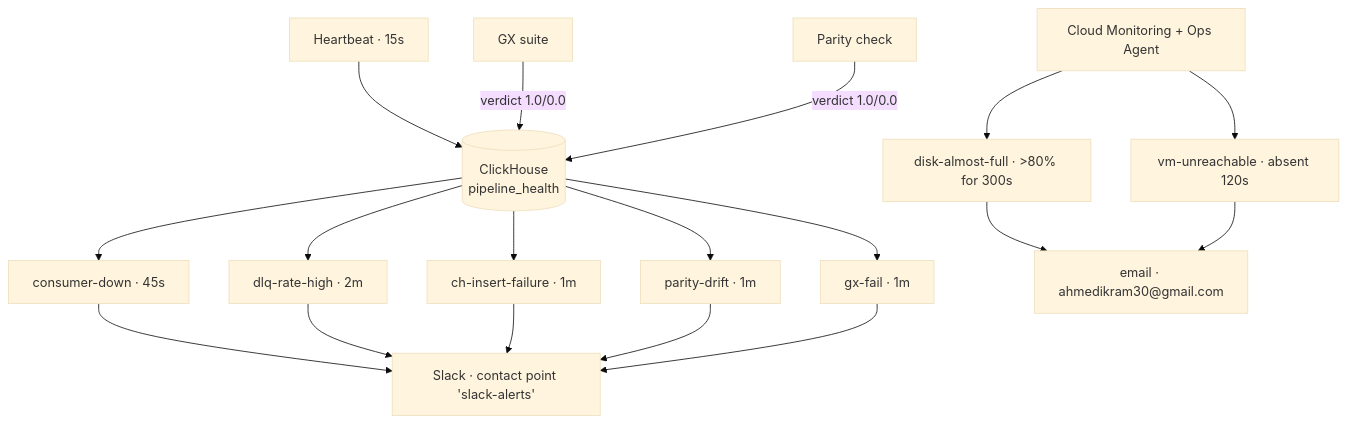
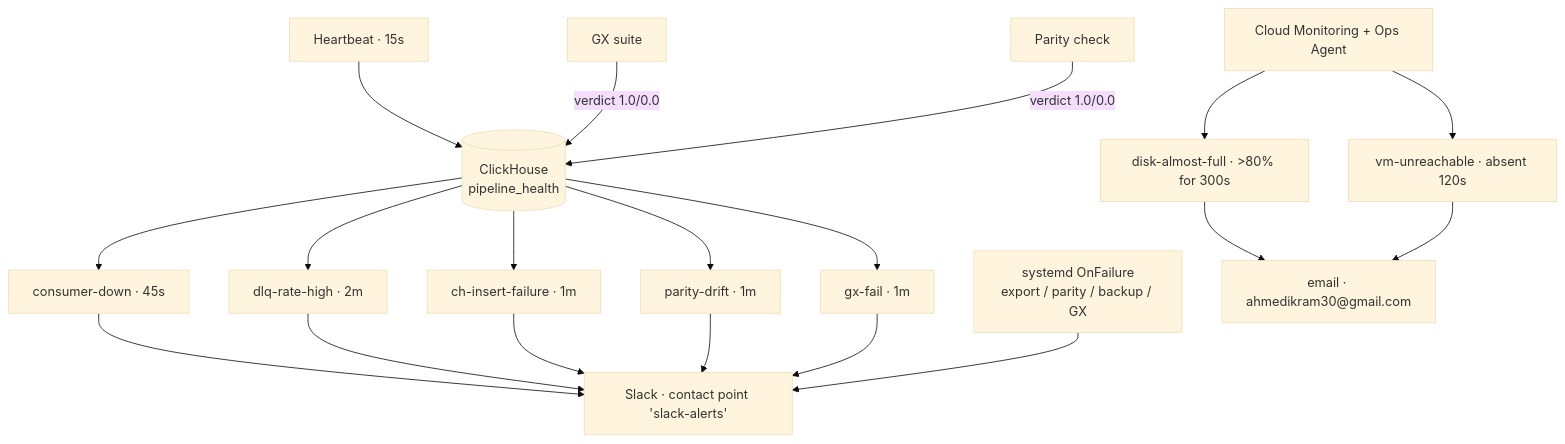
The second of 3 diagrams in docs/deep-dives.md (AhmedIkram05/WikiStream), drawn with Mermaid (base theme) before and after one commit. The commit also changed other lines of this file and 1 other file, not shown here.

First line of the commit message:
docs: Update README and deep-dives documentation for warehouse enhancements and systemd automation

````diff
--- a/docs/deep-dives.md
+++ b/docs/deep-dives.md
@@ -205,17 +210,19 @@
 ```mermaid
 flowchart TD
     CH[("ClickHouse<br/>pipeline_health")]
     H["Heartbeat · 15s"] --> CH
     GX["GX suite"] -->|verdict 1.0/0.0| CH
     PAR["Parity check"] -->|verdict 1.0/0.0| CH
     CH --> G1["consumer-down · 45s"]
     CH --> G2["dlq-rate-high · 2m"]
     CH --> G3["ch-insert-failure · 1m"]
     CH --> G4["parity-drift · 1m"]
     CH --> G5["gx-fail · 1m"]
     G1 & G2 & G3 & G4 & G5 --> SL["Slack · contact point 'slack-alerts'"]
 
+    ON["systemd OnFailure<br/>export / parity / backup / GX"] --> SL
+
     OA["Cloud Monitoring + Ops Agent"] --> P1["disk-almost-full · >80% for 300s"]
     OA --> P2["vm-unreachable · absent 120s"]
     P1 & P2 --> EM["email · ahmedikram30@gmail.com"]
 ```
````
